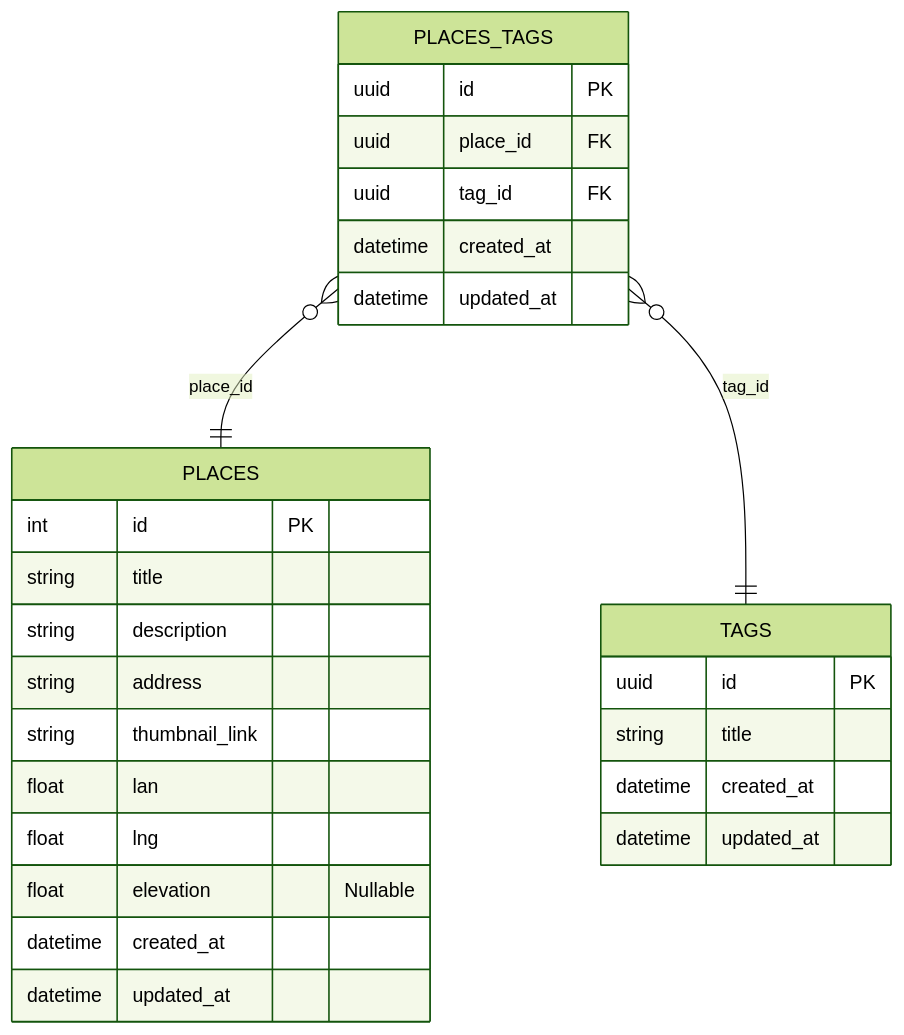
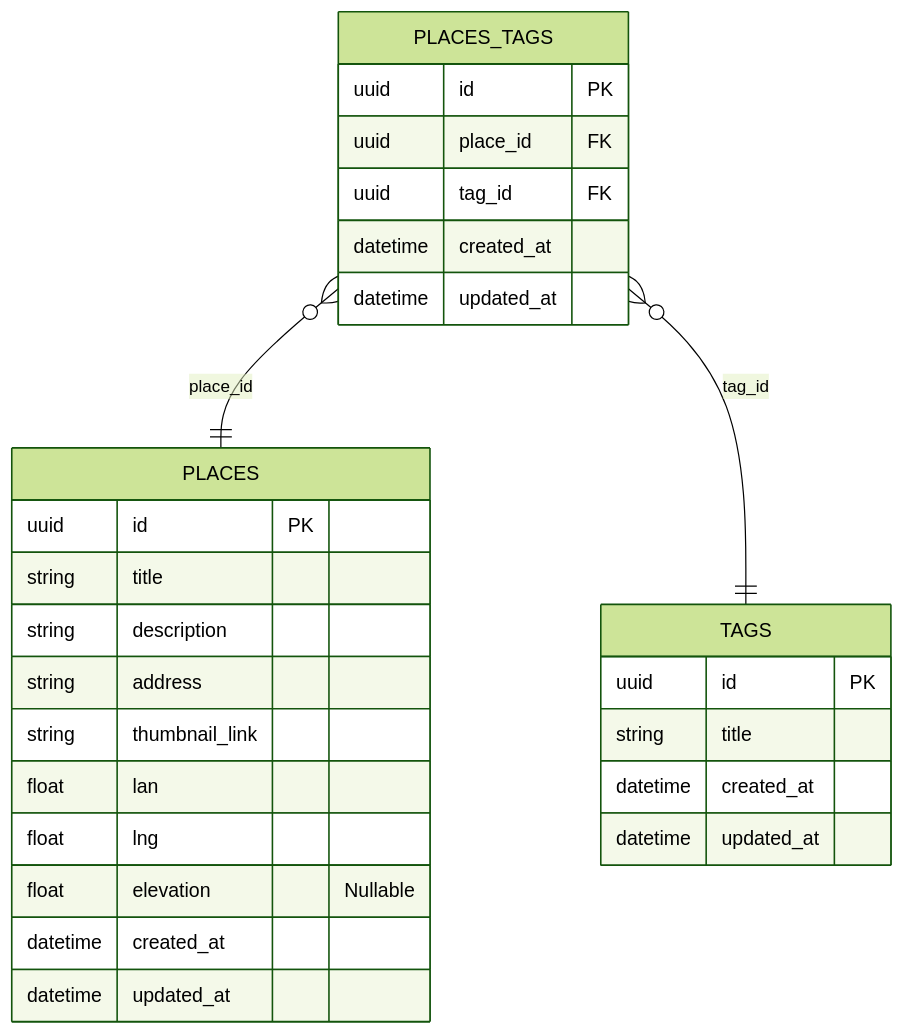
The diagram in readme.md (luiqor/krokwalk), drawn with Mermaid (forest theme) before and after one commit.

Commit message:
fix id type in db schema

````diff
--- a/readme.md
+++ b/readme.md
@@ -5,32 +5,32 @@
 ```mermaid
 erDiagram
     PLACES {
-        int id PK
+        uuid id PK
         string title
         string description
         string address
         string thumbnail_link
         float lan
         float lng
         float elevation "Nullable"
         datetime created_at
         datetime updated_at
     }
 
     PLACES_TAGS }o--|| PLACES : "place_id"
     PLACES_TAGS }o--|| TAGS : "tag_id"
     PLACES_TAGS {
         uuid id PK
         uuid place_id FK
         uuid tag_id FK
         datetime created_at
         datetime updated_at
     }
 
     TAGS {
         uuid id PK
         string title
         datetime created_at
         datetime updated_at
     }
 ```
````
